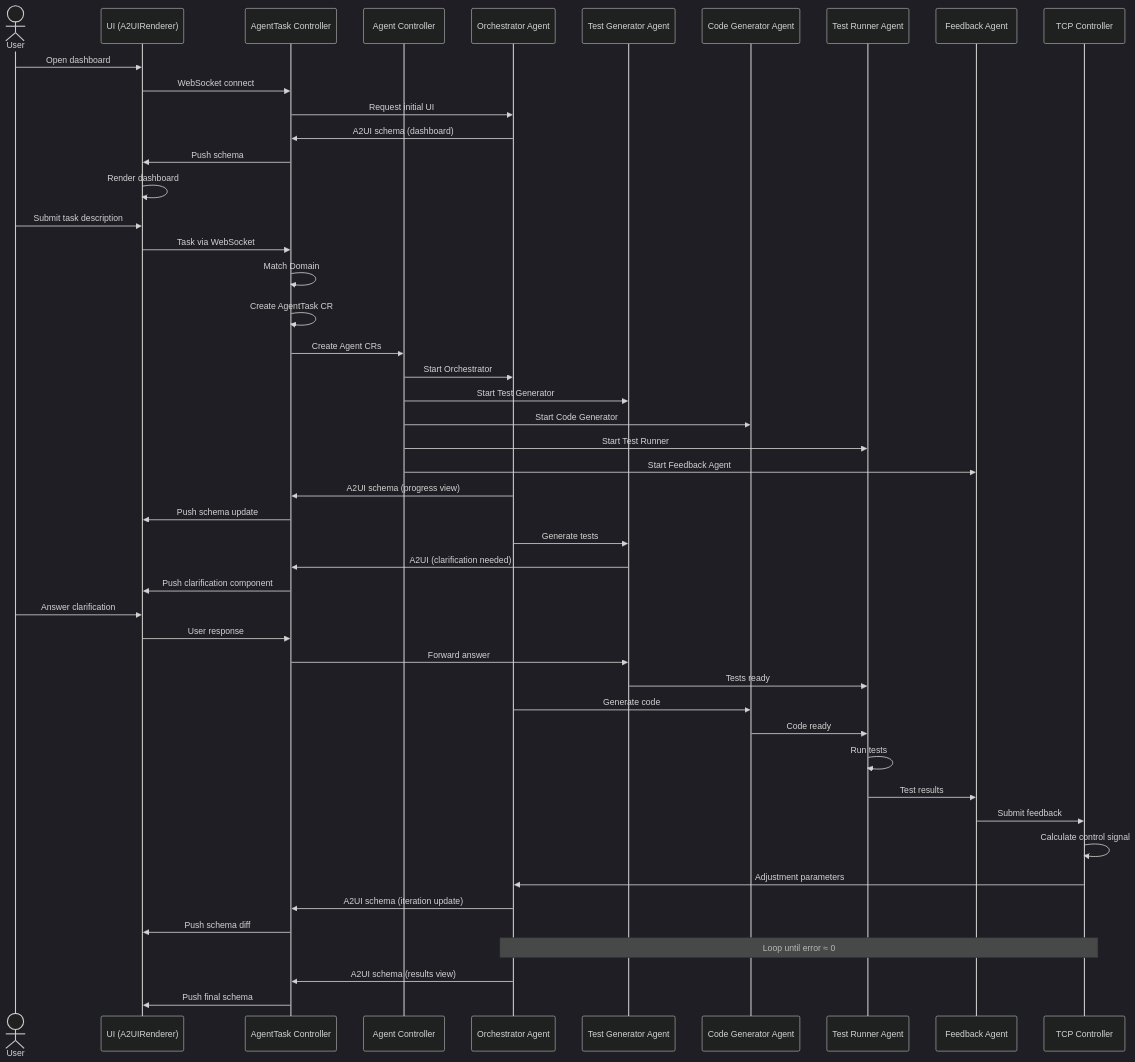
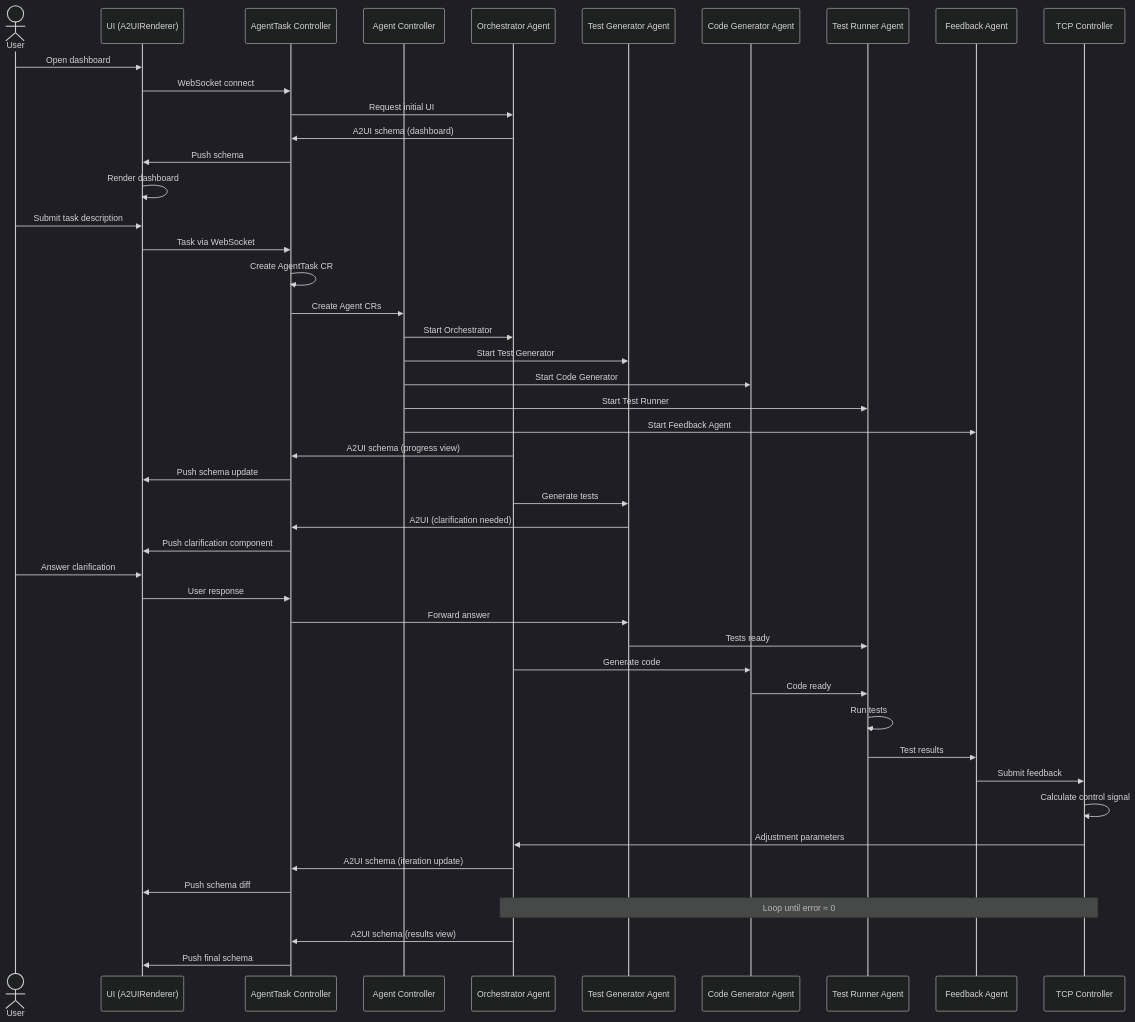
Before and after one commit to dshcherbatiuk/forgemaster: the second of 2 diagrams in docs/arch/02-components.md, drawn with Mermaid (dark theme). The commit also changed other lines of this file and 8 other files, not shown here.

First line of the commit message:
docs: Remove Domain CRD from architecture (YAGNI)

````diff
--- a/docs/arch/02-components.md
+++ b/docs/arch/02-components.md
@@ -312,58 +309,57 @@
 ```mermaid
 sequenceDiagram
     actor U as User
     participant UI as UI (A2UIRenderer)
     participant ATC as AgentTask Controller
     participant AC as Agent Controller
     participant OA as Orchestrator Agent
     participant TGA as Test Generator Agent
     participant CGA as Code Generator Agent
     participant TRA as Test Runner Agent
     participant FBA as Feedback Agent
     participant TCP as TCP Controller
 
     U->>UI: Open dashboard
     UI->>ATC: WebSocket connect
     ATC->>OA: Request initial UI
     OA->>ATC: A2UI schema (dashboard)
     ATC->>UI: Push schema
     UI->>UI: Render dashboard
 
     U->>UI: Submit task description
     UI->>ATC: Task via WebSocket
-    ATC->>ATC: Match Domain
     ATC->>ATC: Create AgentTask CR
     ATC->>AC: Create Agent CRs
     AC->>OA: Start Orchestrator
     AC->>TGA: Start Test Generator
     AC->>CGA: Start Code Generator
     AC->>TRA: Start Test Runner
     AC->>FBA: Start Feedback Agent
 
     OA->>ATC: A2UI schema (progress view)
     ATC->>UI: Push schema update
 
     OA->>TGA: Generate tests
     TGA->>ATC: A2UI (clarification needed)
     ATC->>UI: Push clarification component
     U->>UI: Answer clarification
     UI->>ATC: User response
     ATC->>TGA: Forward answer
 
     TGA->>TRA: Tests ready
     OA->>CGA: Generate code
     CGA->>TRA: Code ready
     TRA->>TRA: Run tests
     TRA->>FBA: Test results
     FBA->>TCP: Submit feedback
     TCP->>TCP: Calculate control signal
     TCP->>OA: Adjustment parameters
 
     OA->>ATC: A2UI schema (iteration update)
     ATC->>UI: Push schema diff
 
     Note over OA,TCP: Loop until error ≈ 0
 
     OA->>ATC: A2UI schema (results view)
     ATC->>UI: Push final schema
 ```
````
